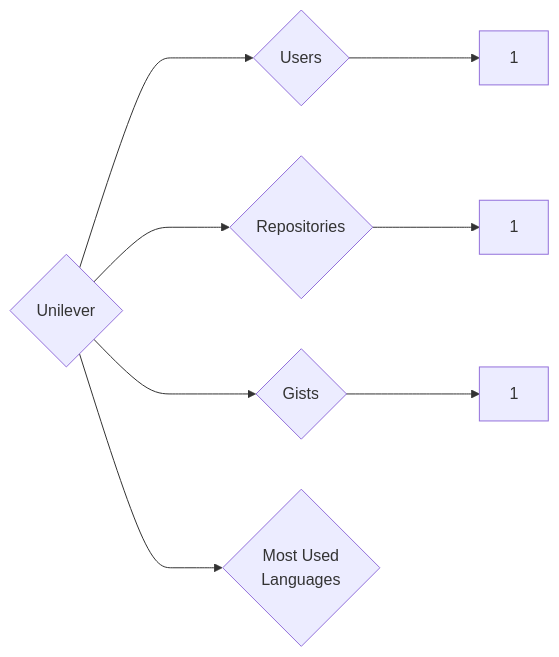
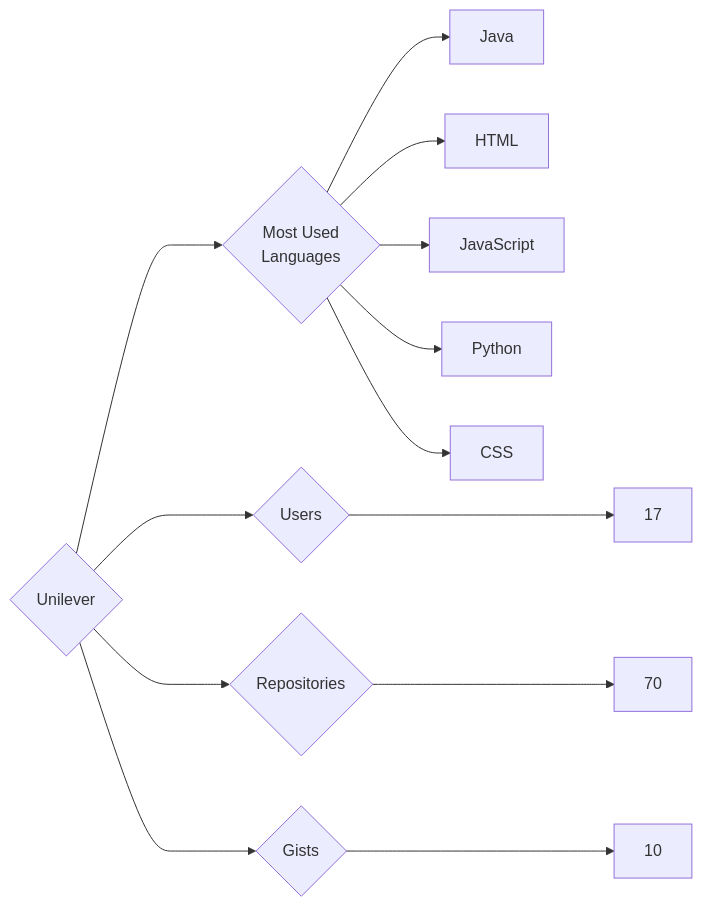
The diagram in targets/Unilever/README.md (trickest/insiders), drawn with Mermaid before and after one commit. The commit also changed 955 other files, not shown here.

````diff
--- a/targets/Unilever/README.md
+++ b/targets/Unilever/README.md
@@ -3,8 +3,13 @@
 ```mermaid
 graph LR
 COMPANY_NAME{Unilever}
-COMPANY_NAME ---> U{Users} ---> UN[1]
-COMPANY_NAME ---> R{Repositories} ---> RN[1]
-COMPANY_NAME ---> G{Gists} ---> GN[1]
+COMPANY_NAME ---> U{Users} ---> UN[17]
+COMPANY_NAME ---> R{Repositories} ---> RN[70]
+COMPANY_NAME ---> G{Gists} ---> GN[10]
 COMPANY_NAME ---> ML{Most Used<br>Languages}
+ML --> Java[Java]
+ML --> HTML[HTML]
+ML --> JavaScript[JavaScript]
+ML --> Python[Python]
+ML --> CSS[CSS]
 ```
````
